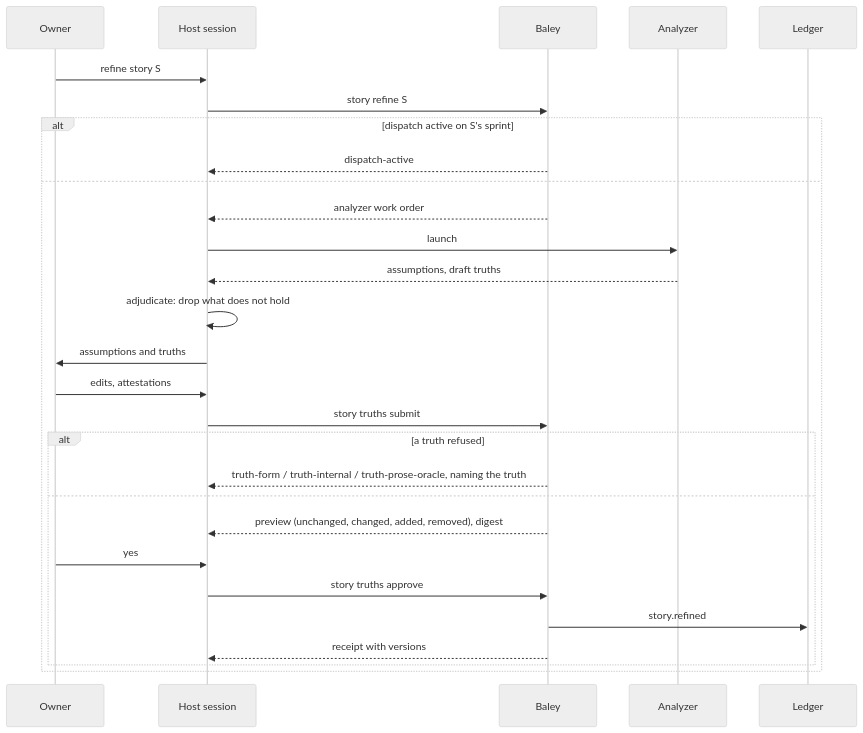
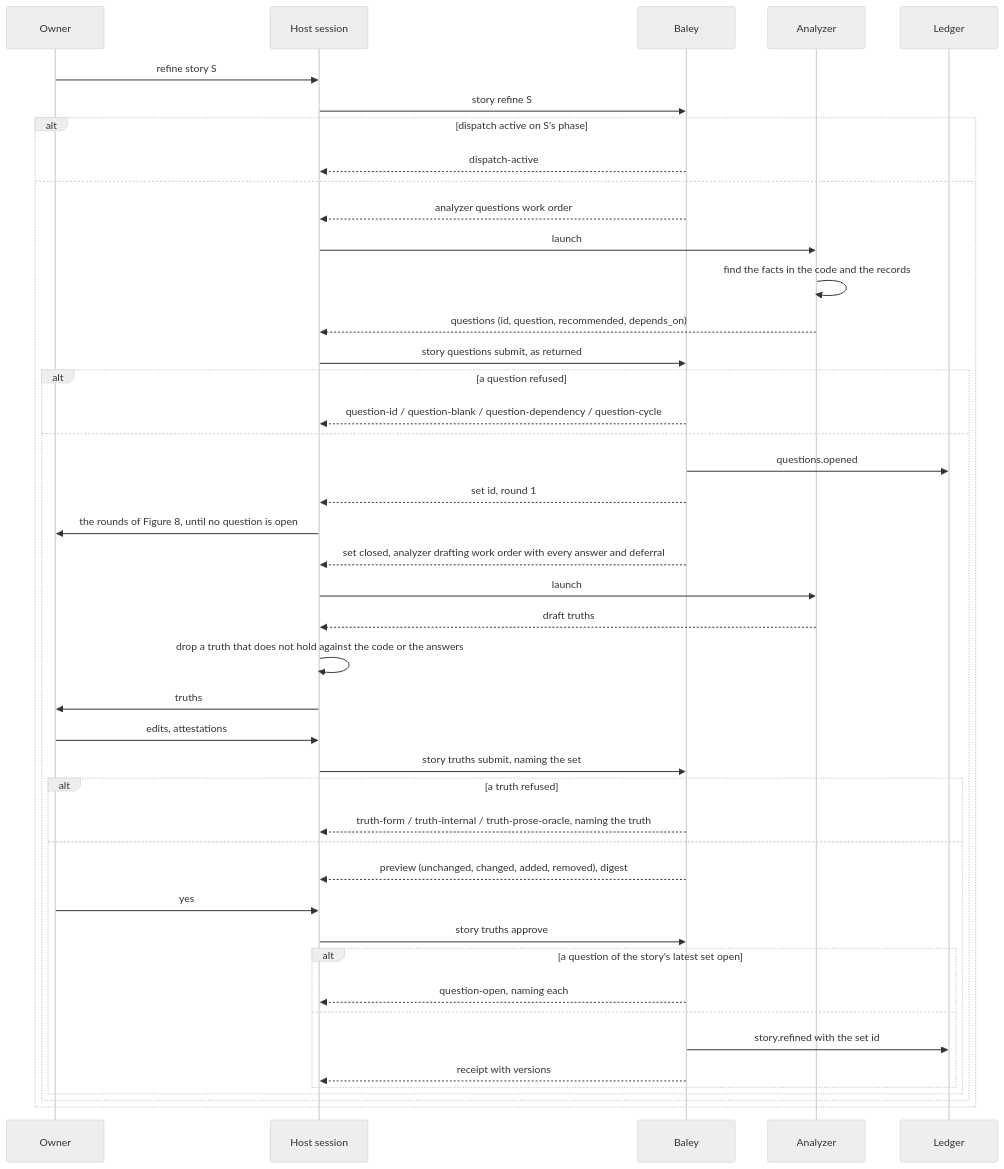
One commit to crenshawdev/baley changed the fifth of 8 diagrams in docs/design/0005-context-plans-and-acceptance.md. Above: the diagram before and after it, drawn with Mermaid (neutral theme). The commit also changed other lines of this file and 21 other files, not shown here.

First line of the commit message:
docs(design): reproduce bugs first, remember dismissals, ask in rounds, one term each

````diff
--- a/docs/design/0005-context-plans-and-acceptance.md
+++ b/docs/design/0005-context-plans-and-acceptance.md
@@ -257,30 +366,46 @@
 ```mermaid
 sequenceDiagram
   participant O as Owner
   participant H as Host session
   participant B as Baley
   participant A as Analyzer
   participant L as Ledger
   O->>H: refine story S
   H->>B: story refine S
-  alt dispatch active on S's sprint
+  alt dispatch active on S's phase
     B-->>H: dispatch-active
   else
-    B-->>H: analyzer work order
+    B-->>H: analyzer questions work order
     H->>A: launch
-    A-->>H: assumptions, draft truths
-    H->>H: adjudicate: drop what does not hold
-    H->>O: assumptions and truths
-    O->>H: edits, attestations
-    H->>B: story truths submit
-    alt a truth refused
-      B-->>H: truth-form / truth-internal / truth-prose-oracle, naming the truth
+    A->>A: find the facts in the code and the records
+    A-->>H: questions (id, question, recommended, depends_on)
+    H->>B: story questions submit, as returned
+    alt a question refused
+      B-->>H: question-id / question-blank / question-dependency / question-cycle
     else
-      B-->>H: preview (unchanged, changed, added, removed), digest
-      O->>H: yes
-      H->>B: story truths approve
-      B->>L: story.refined
-      B-->>H: receipt with versions
+      B->>L: questions.opened
+      B-->>H: set id, round 1
+      H->>O: the rounds of Figure 8, until no question is open
+      B-->>H: set closed, analyzer drafting work order with every answer and deferral
+      H->>A: launch
+      A-->>H: draft truths
+      H->>H: drop a truth that does not hold against the code or the answers
+      H->>O: truths
+      O->>H: edits, attestations
+      H->>B: story truths submit, naming the set
+      alt a truth refused
+        B-->>H: truth-form / truth-internal / truth-prose-oracle, naming the truth
+      else
+        B-->>H: preview (unchanged, changed, added, removed), digest
+        O->>H: yes
+        H->>B: story truths approve
+        alt a question of the story's latest set open
+          B-->>H: question-open, naming each
+        else
+          B->>L: story.refined with the set id
+          B-->>H: receipt with versions
+        end
+      end
     end
   end
 ```
````
